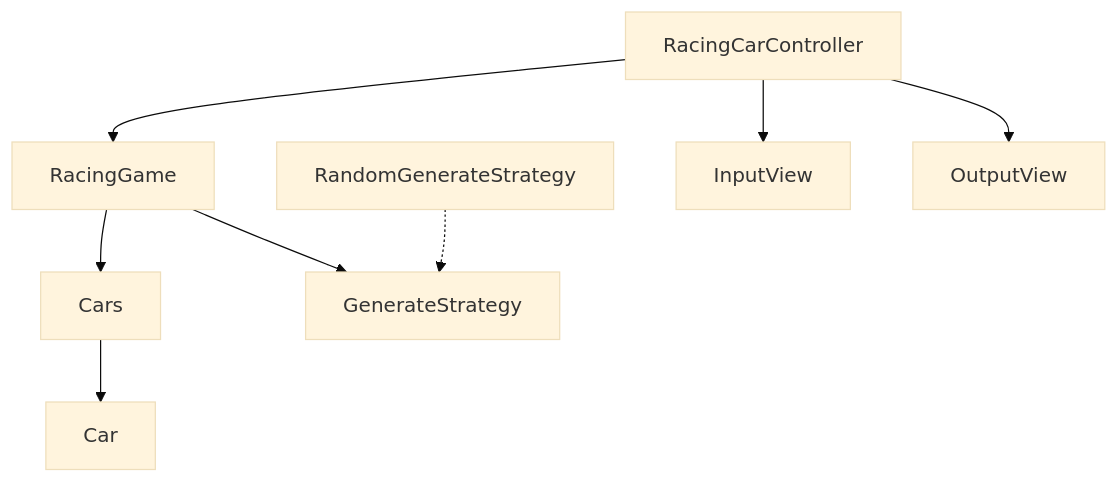
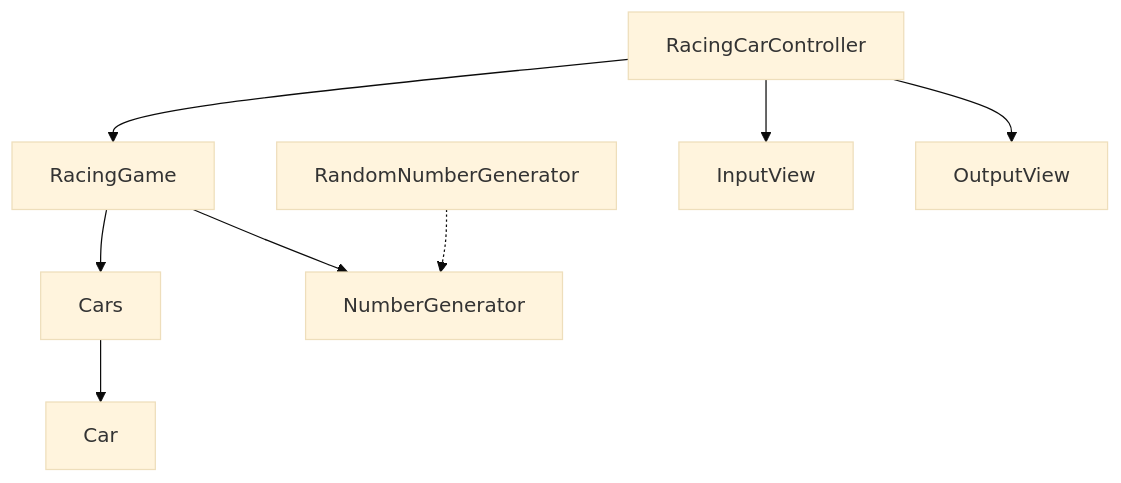
Before and after one commit to woowacourse/java-racingcar: the diagram in README.md, drawn with Mermaid (base theme). The commit also changed other lines of this file and 4 other files, not shown here.

````diff
--- a/README.md
+++ b/README.md
@@ -11,10 +11,10 @@
 ```mermaid
 graph TD
     Cars --> Car
-    RacingGame --> GenerateStrategy
+    RacingGame --> NumberGenerator
     RacingGame --> Cars
     RacingCarController --> RacingGame
-    RandomGenerateStrategy -.-> GenerateStrategy
+    RandomNumberGenerator -.-> NumberGenerator
     RacingCarController --> InputView
     RacingCarController --> OutputView
 ```
````
